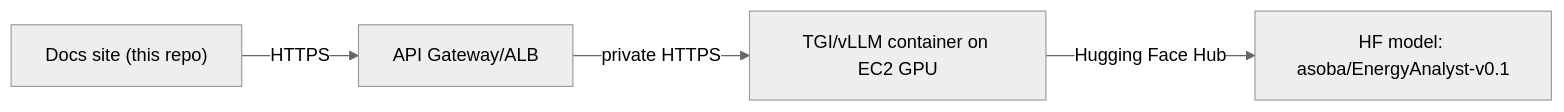
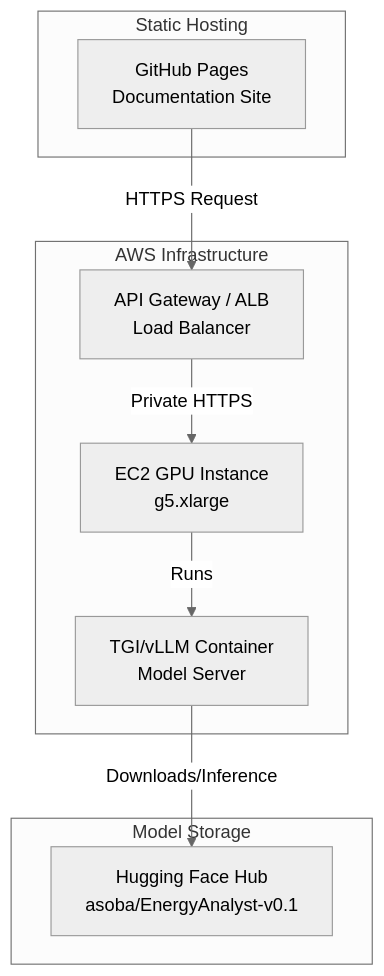
Before and after one commit to AsobaCloud/asobacode.github.io: the diagram in llmdeployment.md, drawn with Mermaid (neutral theme).

Commit message:
LLM architecture diagram redrawn

````diff
--- a/llmdeployment.md
+++ b/llmdeployment.md
@@ -18,6 +18,21 @@
 ```mermaid
-flowchart LR
-    A["Docs site (this repo)"] -->|HTTPS| B["API Gateway/ALB"]
-    B -->|private HTTPS| C["TGI/vLLM container on EC2 GPU"]
-    C -->|Hugging Face Hub| D["HF model: asoba/EnergyAnalyst-v0.1"]
+graph TB
+    subgraph "Static Hosting"
+        A["GitHub Pages<br/>Documentation Site"]
+    end
+    
+    subgraph "AWS Infrastructure"
+        B["API Gateway / ALB<br/>Load Balancer"]
+        C["EC2 GPU Instance<br/>g5.xlarge"]
+        D["TGI/vLLM Container<br/>Model Server"]
+    end
+    
+    subgraph "Model Storage"
+        E["Hugging Face Hub<br/>asoba/EnergyAnalyst-v0.1"]
+    end
+    
+    A -->|HTTPS Request| B
+    B -->|Private HTTPS| C
+    C -->|Runs| D
+    D -->|Downloads/Inference| E
 ```
````
